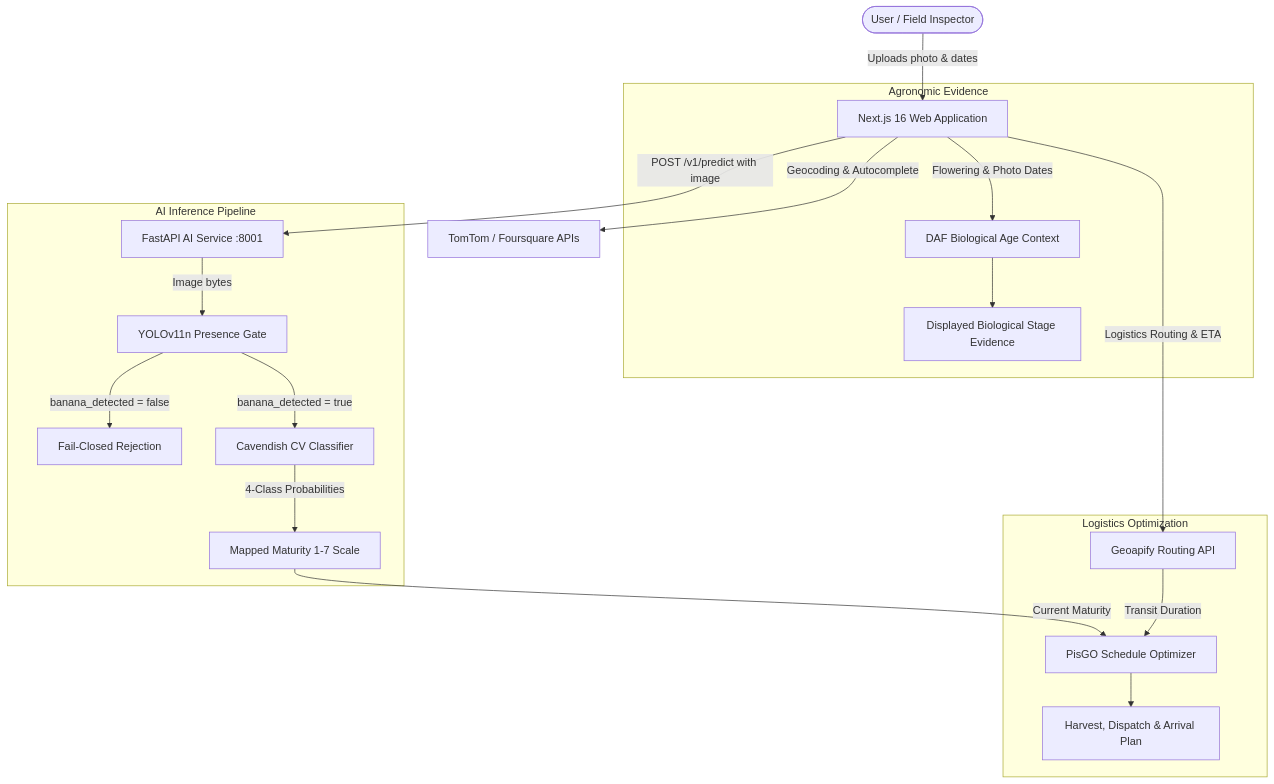
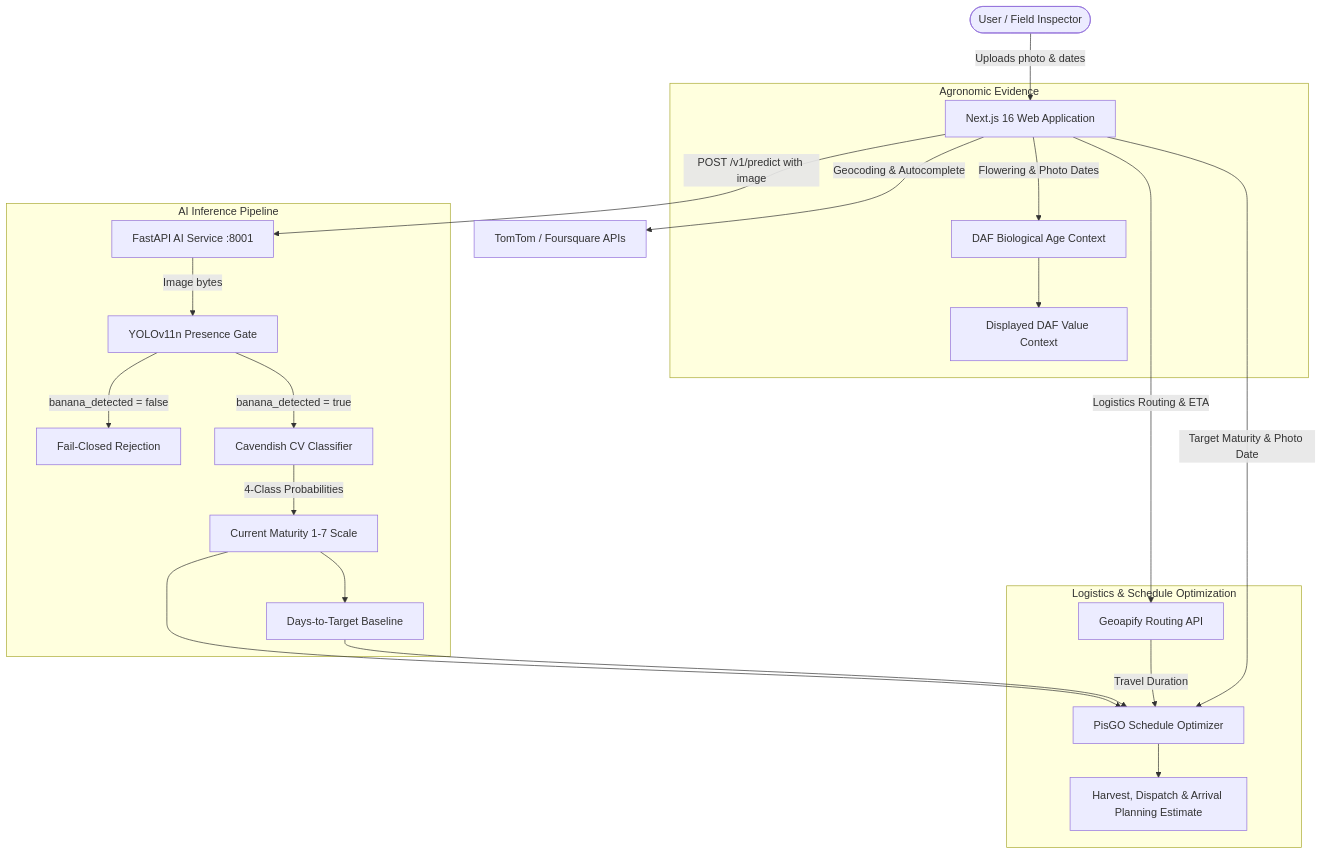
The diagram in README.md (Vluuuu/pisgo), drawn with Mermaid before and after one commit. The commit also changed other lines of this file and 1 other file, not shown here.

````diff
--- a/README.md
+++ b/README.md
@@ -32,25 +32,28 @@
 ```mermaid
 graph TD
     User([User / Field Inspector]) -->|Uploads photo & dates| WebApp[Next.js 16 Web Application]
     WebApp -->|Geocoding & Autocomplete| TomTom[TomTom / Foursquare APIs]
     WebApp -->|Logistics Routing & ETA| Geoapify[Geoapify Routing API]
     WebApp -->|POST /v1/predict with image| AIService[FastAPI AI Service :8001]
 
     subgraph "AI Inference Pipeline"
         AIService -->|Image bytes| YOLO[YOLOv11n Presence Gate]
         YOLO -->|banana_detected = false| Reject[Fail-Closed Rejection]
         YOLO -->|banana_detected = true| Classifier[Cavendish CV Classifier]
-        Classifier -->|4-Class Probabilities| MaturityBlend[Mapped Maturity 1-7 Scale]
+        Classifier -->|4-Class Probabilities| MaturityBlend[Current Maturity 1-7 Scale]
+        MaturityBlend --> DaysToTarget[Days-to-Target Baseline]
     end
 
     subgraph "Agronomic Evidence"
         WebApp -->|Flowering & Photo Dates| DAFCalc[DAF Biological Age Context]
-        DAFCalc --> DAFDisplay[Displayed Biological Stage Evidence]
+        DAFCalc --> DAFDisplay[Displayed DAF Value Context]
     end
 
-    subgraph "Logistics Optimization"
-        MaturityBlend -->|Current Maturity| Optimizer[PisGO Schedule Optimizer]
-        Geoapify -->|Transit Duration| Optimizer
-        Optimizer --> Output[Harvest, Dispatch & Arrival Plan]
+    subgraph "Logistics & Schedule Optimization"
+        MaturityBlend --> Optimizer[PisGO Schedule Optimizer]
+        DaysToTarget --> Optimizer
+        Geoapify -->|Travel Duration| Optimizer
+        WebApp -->|Target Maturity & Photo Date| Optimizer
+        Optimizer --> Output[Harvest, Dispatch & Arrival Planning Estimate]
     end
 ```
````
